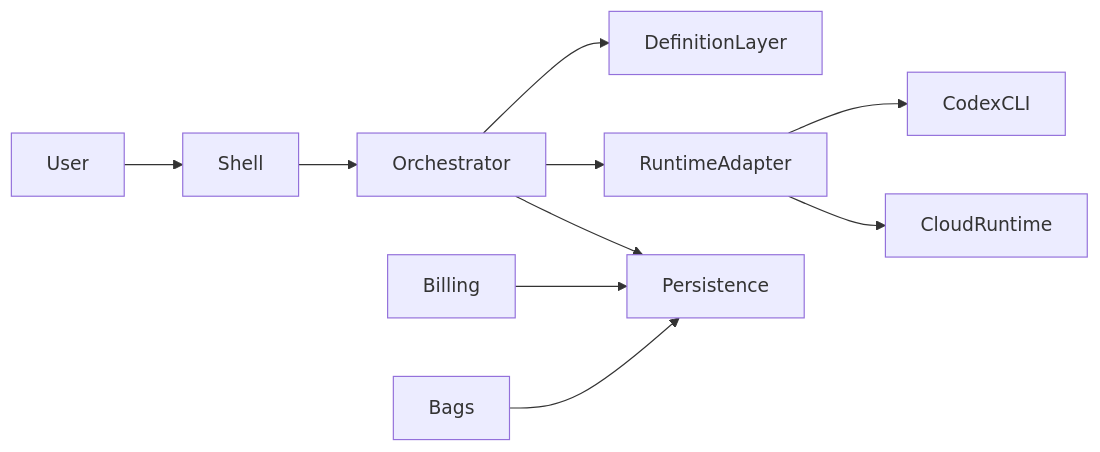
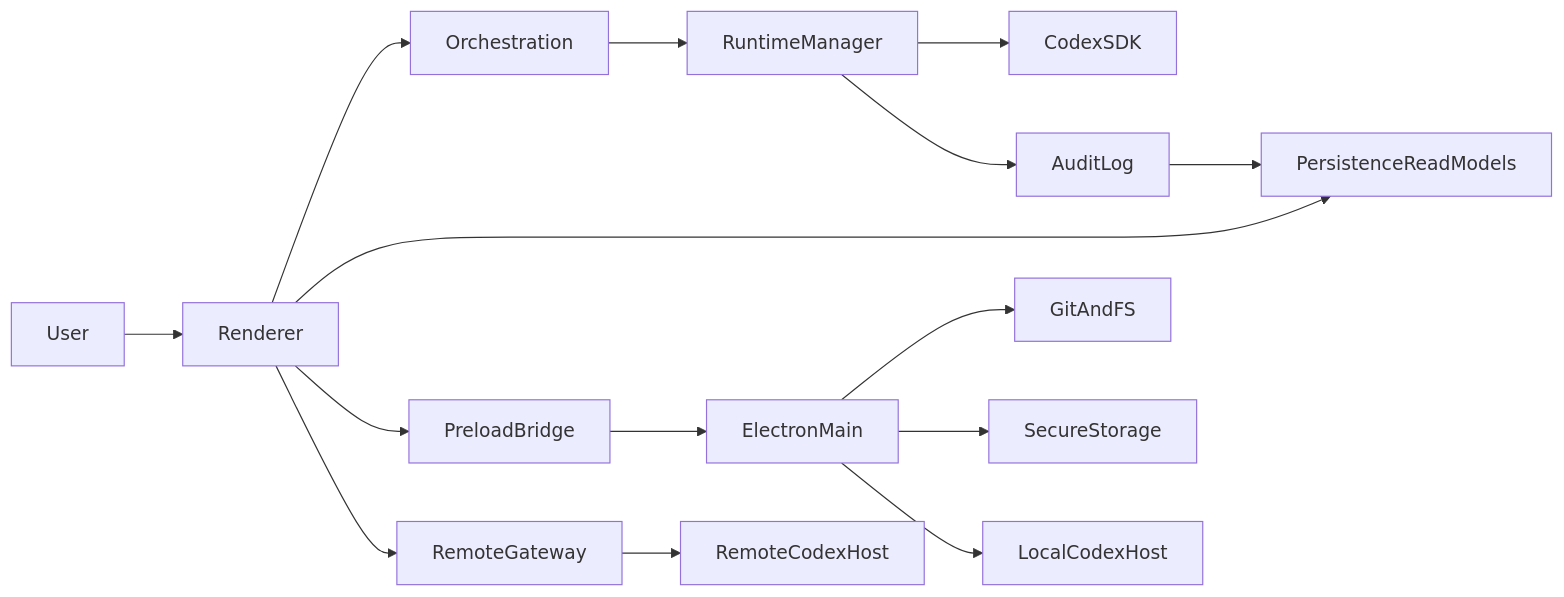
The diagram in docs/architecture/system_architecture.md (JStaRFilms/deprecated-Takomi_Code_Remastered), drawn with Mermaid before and after one commit. The commit also changed other lines of this file and 24 other files, not shown here.

````diff
--- a/docs/architecture/system_architecture.md
+++ b/docs/architecture/system_architecture.md
@@ -68,12 +154,17 @@
 ```mermaid
 flowchart LR
-    User --> Shell
-    Shell --> Orchestrator
-    Orchestrator --> DefinitionLayer
-    Orchestrator --> RuntimeAdapter
-    RuntimeAdapter --> CodexCLI
-    RuntimeAdapter --> CloudRuntime
-    Orchestrator --> Persistence
-    Billing --> Persistence
-    Bags --> Persistence
+    User --> Renderer
+    Renderer --> Orchestration
+    Renderer --> PersistenceReadModels
+    Orchestration --> RuntimeManager
+    RuntimeManager --> CodexSDK
+    RuntimeManager --> AuditLog
+    Renderer --> PreloadBridge
+    PreloadBridge --> ElectronMain
+    ElectronMain --> GitAndFS
+    ElectronMain --> SecureStorage
+    ElectronMain --> LocalCodexHost
+    Renderer --> RemoteGateway
+    RemoteGateway --> RemoteCodexHost
+    AuditLog --> PersistenceReadModels
 ```
````
